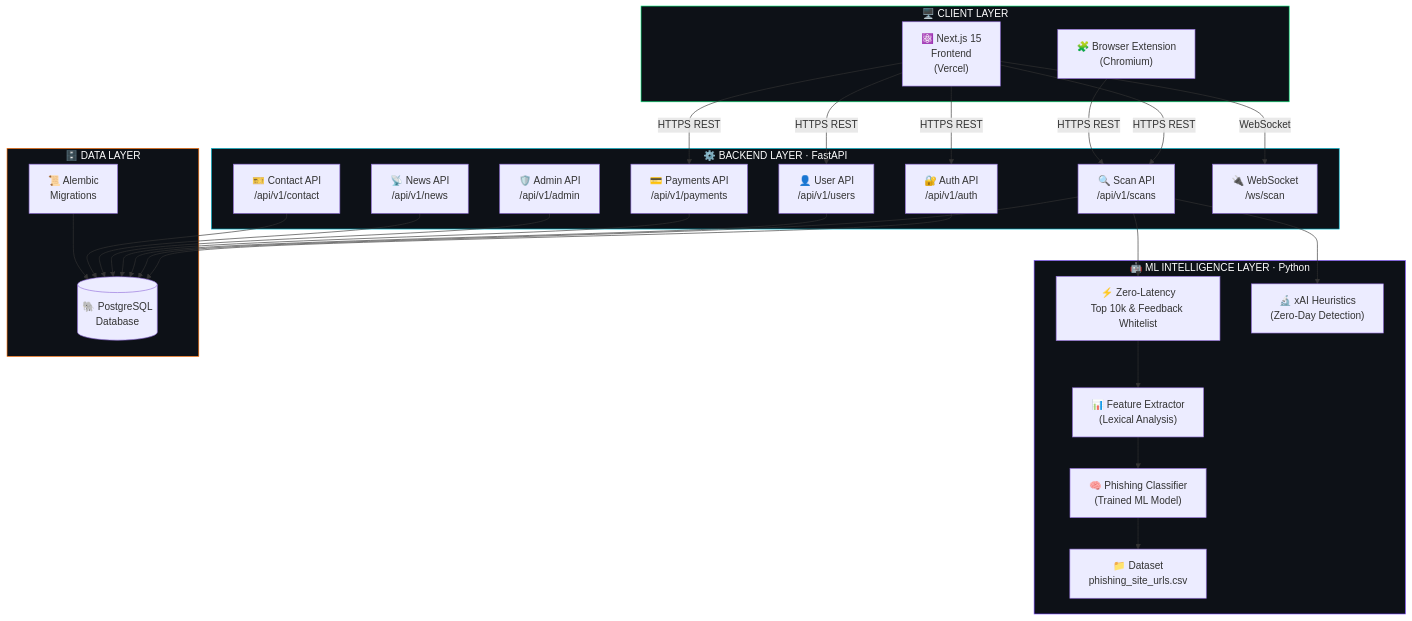
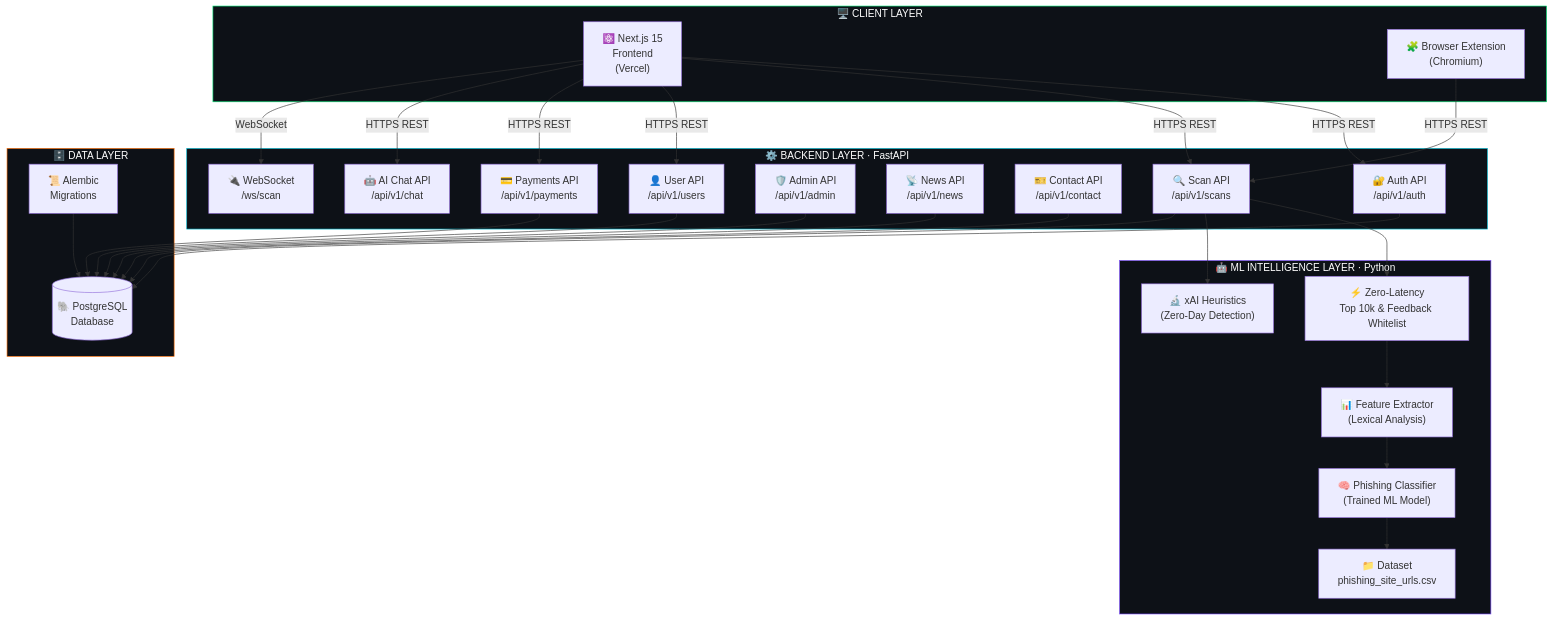
Before and after one commit to Uditpandya07/PhishX: the diagram in README.md, drawn with Mermaid. The commit also changed other lines of this file, not shown here.

Commit message:
docs(readme): add AI threat intelligence capabilities and update architecture

````diff
--- a/README.md
+++ b/README.md
@@ -197,44 +206,45 @@
 ```mermaid
 graph TD
     subgraph CLIENT["🖥️  CLIENT LAYER"]
         A["⚛️ Next.js 15\nFrontend\n(Vercel)"]
         B["🧩 Browser Extension\n(Chromium)"]
     end
 
     subgraph BACKEND["⚙️  BACKEND LAYER  ·  FastAPI"]
         C["🔐 Auth API\n/api/v1/auth"]
         D["🔍 Scan API\n/api/v1/scans"]
         E["👤 User API\n/api/v1/users"]
         F["💳 Payments API\n/api/v1/payments"]
         G["🛡️ Admin API\n/api/v1/admin"]
         N["📡 News API\n/api/v1/news"]
         CT["🎫 Contact API\n/api/v1/contact"]
         WS["🔌 WebSocket\n/ws/scan"]
+        CHAT["🤖 AI Chat API\n/api/v1/chat"]
     end
 
     subgraph INTELLIGENCE["🤖  ML INTELLIGENCE LAYER  ·  Python"]
         H["📊 Feature Extractor\n(Lexical Analysis)"]
         I["🧠 Phishing Classifier\n(Trained ML Model)"]
         J["📁 Dataset\nphishing_site_urls.csv"]
         W["⚡ Zero-Latency\nTop 10k & Feedback Whitelist"]
         XAI["🔬 xAI Heuristics\n(Zero-Day Detection)"]
     end
 
     subgraph DATA["🗄️  DATA LAYER"]
         K[("🐘 PostgreSQL\nDatabase")]
         L["📜 Alembic\nMigrations"]
     end
 
-    A -- "HTTPS REST" --> C & D & E & F
+    A -- "HTTPS REST" --> C & D & E & F & CHAT
     A -- "WebSocket" --> WS
     B -- "HTTPS REST" --> D
     D --> W --> H --> I --> J
     D --> XAI
     C & D & E & F & G & N & CT --> K
     L --> K
 
     style CLIENT fill:#0d1117,stroke:#00E676,color:#ffffff
     style BACKEND fill:#0d1117,stroke:#00BCD4,color:#ffffff
     style INTELLIGENCE fill:#0d1117,stroke:#7C4DFF,color:#ffffff
     style DATA fill:#0d1117,stroke:#FF6D00,color:#ffffff
 ```
````
